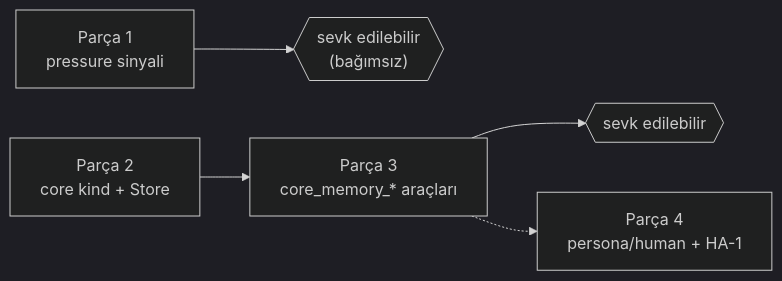
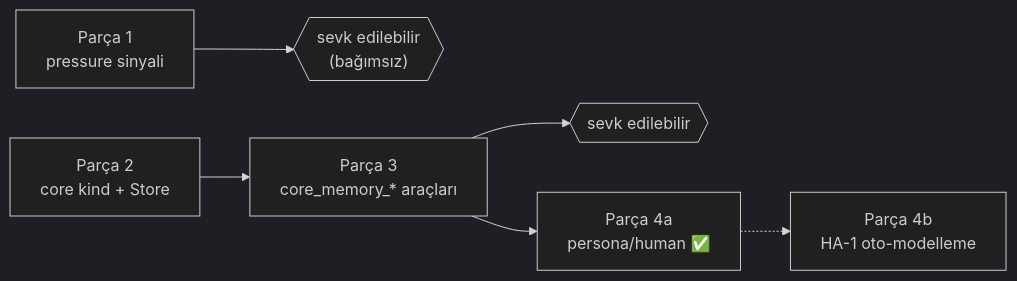
Before and after one commit to bilal-arikan/tionharness: the second of 3 diagrams in _Docs/26-MEMGPT-CORE-MEMORY.md, drawn with Mermaid (dark theme). The commit also changed other lines of this file and 70 other files, not shown here.

````diff
--- a/_Docs/26-MEMGPT-CORE-MEMORY.md
+++ b/_Docs/26-MEMGPT-CORE-MEMORY.md
@@ -234,7 +264,8 @@
 ```mermaid
 graph LR
     P1["Parça 1<br/>pressure sinyali"] --> SHIP1{{"sevk edilebilir<br/>(bağımsız)"}}
     P2["Parça 2<br/>core kind + Store"] --> P3["Parça 3<br/>core_memory_* araçları"]
     P3 --> SHIP2{{"sevk edilebilir"}}
-    P3 -.-> P4["Parça 4<br/>persona/human + HA-1"]
+    P3 --> P4A["Parça 4a<br/>persona/human ✅"]
+    P4A -.-> P4B["Parça 4b<br/>HA-1 oto-modelleme"]
 ```
````
